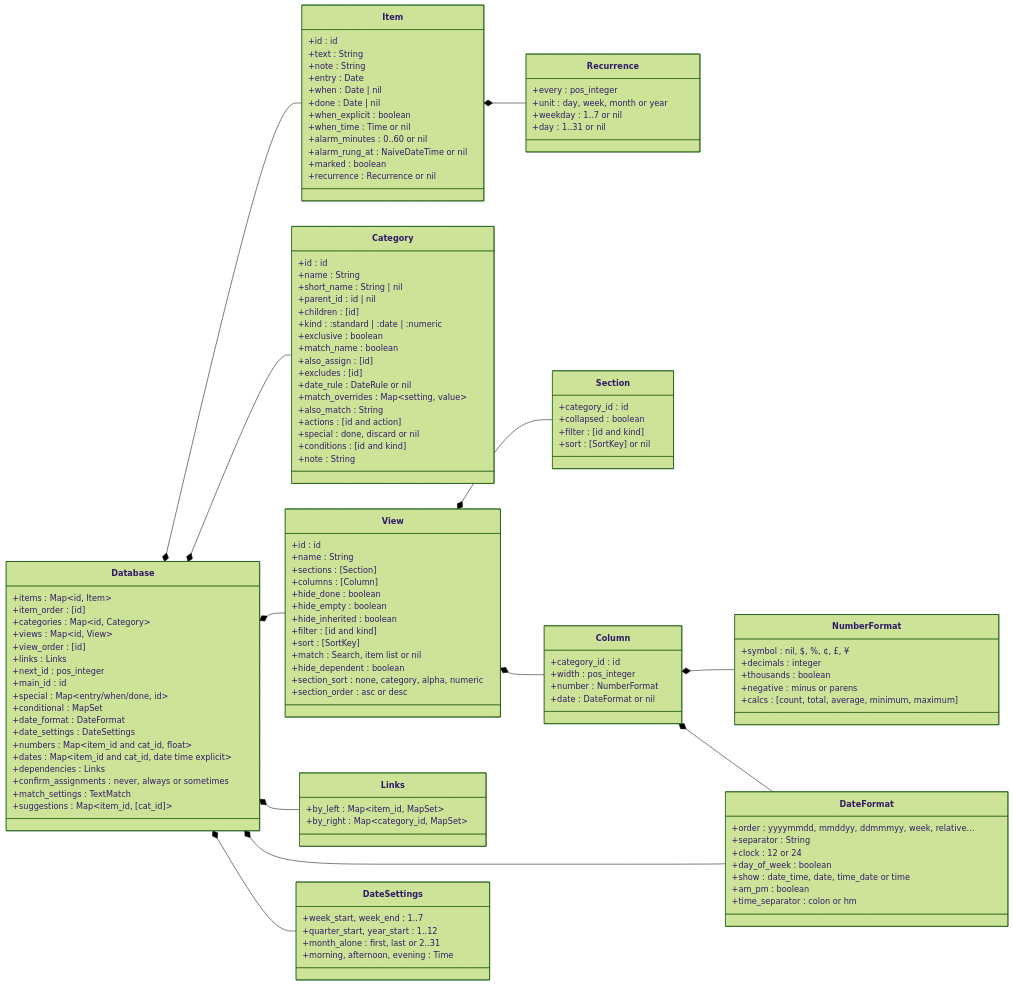
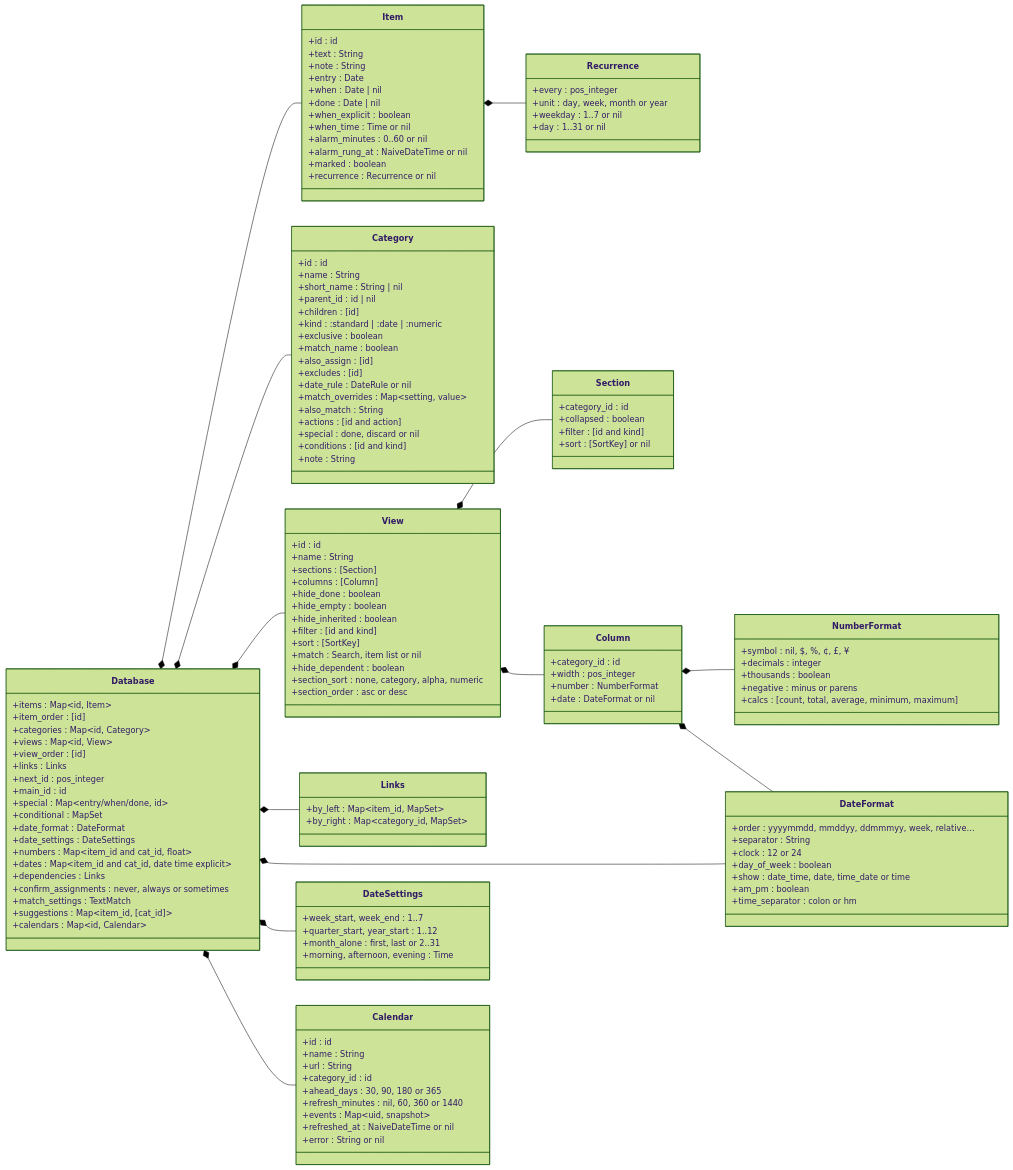
One commit to jamting/agendum changed the second of 6 diagrams in docs/DATA_MODEL.md. Above: the diagram before and after it, drawn with Mermaid (forest theme). The commit also changed other lines of this file and 14 other files, not shown here.

```diff
--- a/docs/DATA_MODEL.md
+++ b/docs/DATA_MODEL.md
@@ -132,6 +146,7 @@
         +confirm_assignments : never, always or sometimes
         +match_settings : TextMatch
         +suggestions : Map~item_id, [cat_id]~
+        +calendars : Map~id, Calendar~
     }
     class DateFormat {
         +order : yyyymmdd, mmddyy, ddmmmyy, week, relative…
@@ -221,6 +236,17 @@
         +negative : minus or parens
         +calcs : [count, total, average, minimum, maximum]
     }
+    class Calendar {
+        +id : id
+        +name : String
+        +url : String
+        +category_id : id
+        +ahead_days : 30, 90, 180 or 365
+        +refresh_minutes : nil, 60, 360 or 1440
+        +events : Map~uid, snapshot~
+        +refreshed_at : NaiveDateTime or nil
+        +error : String or nil
+    }
     class Links {
         +by_left : Map~item_id, MapSet~
         +by_right : Map~category_id, MapSet~
@@ -232,6 +258,7 @@
     Database *-- Links
     Database *-- DateFormat
     Database *-- DateSettings
+    Database *-- Calendar
     View *-- Section
     View *-- Column
     Column *-- NumberFormat
```
